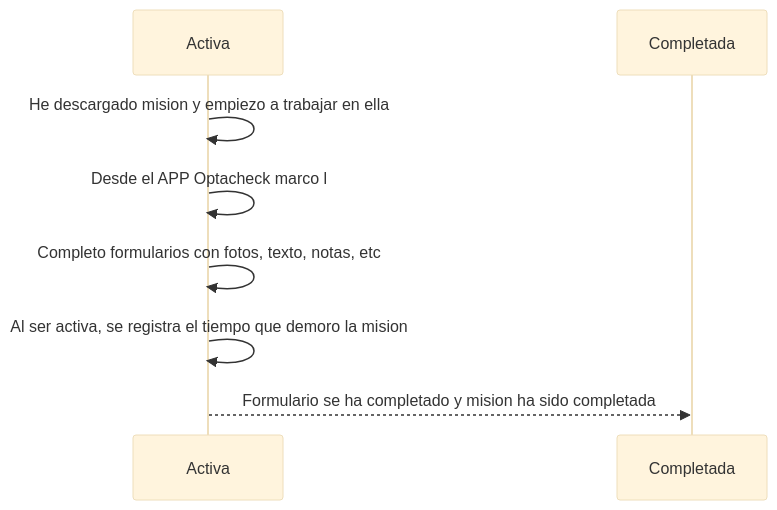
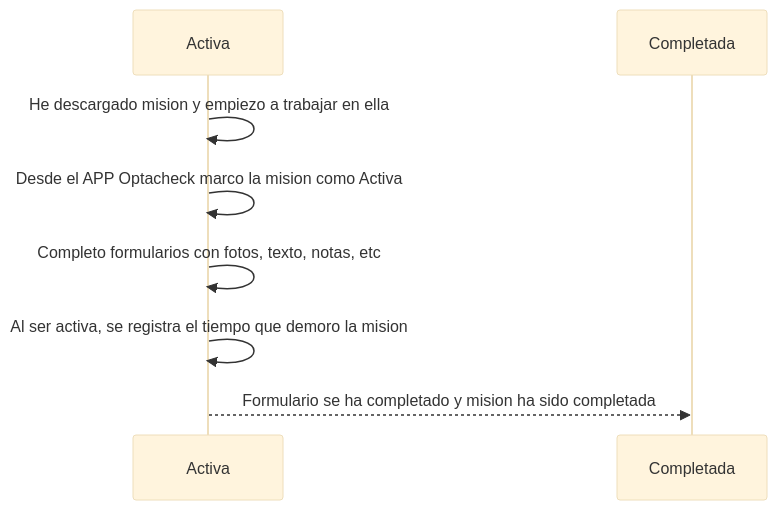
The diagram in docs-v1/tutorial-espanol/app-movil/misiones.md (vicvicvar/hook-public-docs), drawn with Mermaid (base theme) before and after one commit. The commit also changed other lines of this file, not shown here.

Commit message:
docs-v1/tutorial-espanol/app-movil/misiones.md updated from https://stackedit.io/

````diff
--- a/docs-v1/tutorial-espanol/app-movil/misiones.md
+++ b/docs-v1/tutorial-espanol/app-movil/misiones.md
@@ -21,8 +21,8 @@
 ```mermaid
 sequenceDiagram
 Activa->> Activa: He descargado mision y empiezo a trabajar en ella
-Activa->> Activa: Desde el APP Optacheck marco l
+Activa->> Activa: Desde el APP Optacheck marco la mision como Activa
 Activa->> Activa: Completo formularios con fotos, texto, notas, etc
 Activa->> Activa: Al ser activa, se registra el tiempo que demoro la mision
 Activa-->> Completada: Formulario se ha completado y mision ha sido completada
 ```
````
